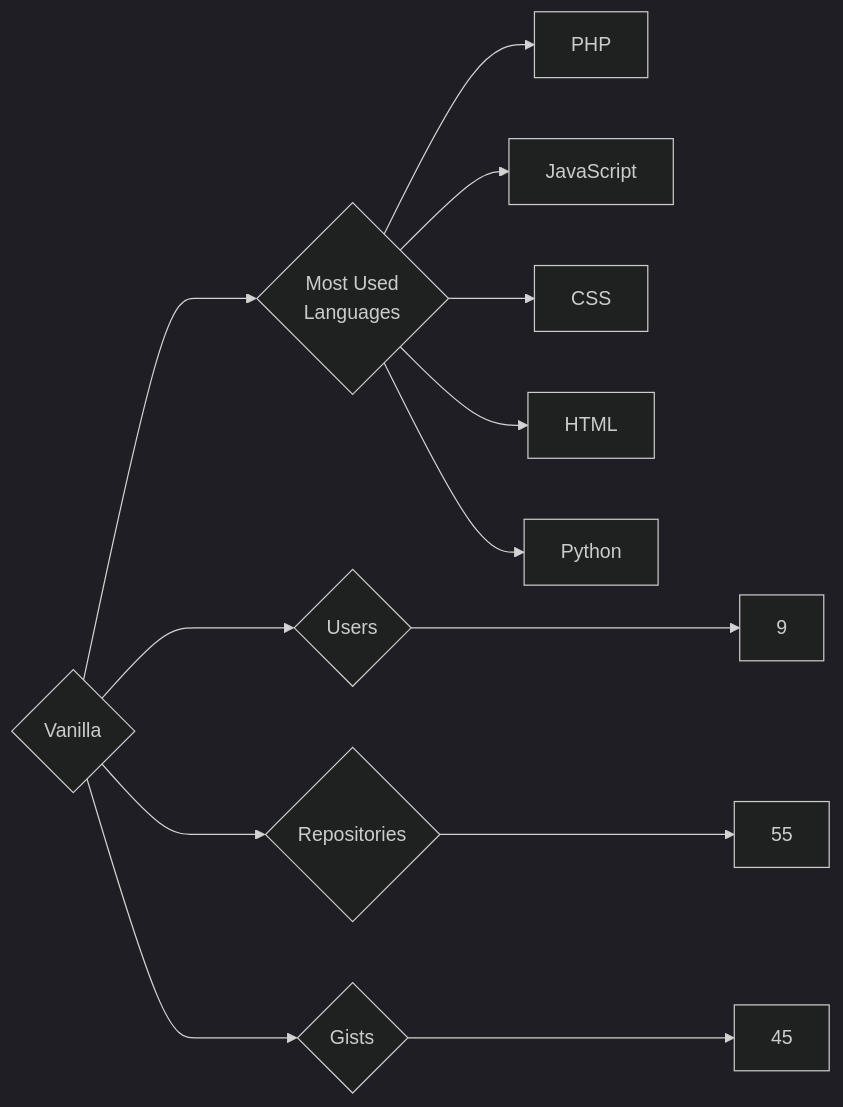
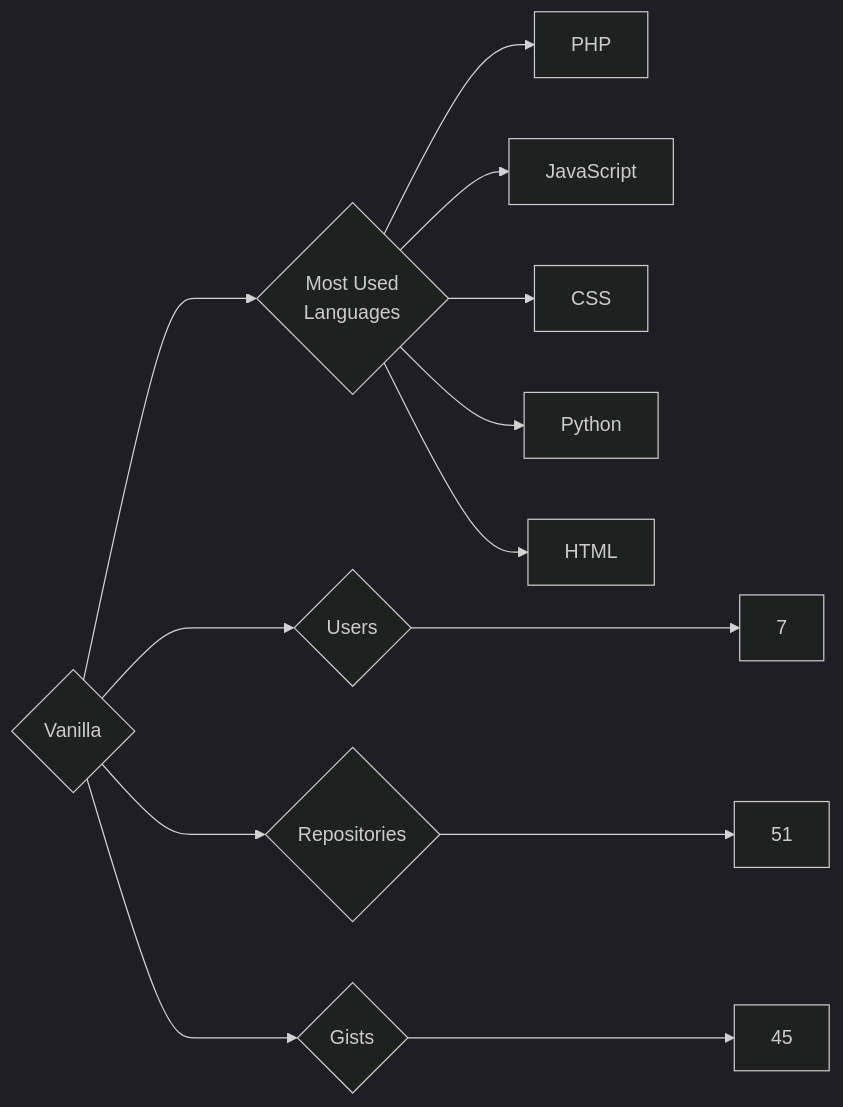
Before and after one commit to trickest/insiders: the diagram in targets/Vanilla/README.md, drawn with Mermaid (dark theme). The commit also changed 953 other files, not shown here.

````diff
--- a/targets/Vanilla/README.md
+++ b/targets/Vanilla/README.md
@@ -3,13 +3,13 @@
 ```mermaid
 graph LR
 COMPANY_NAME{Vanilla}
-COMPANY_NAME ---> U{Users} ---> UN[9]
-COMPANY_NAME ---> R{Repositories} ---> RN[55]
+COMPANY_NAME ---> U{Users} ---> UN[7]
+COMPANY_NAME ---> R{Repositories} ---> RN[51]
 COMPANY_NAME ---> G{Gists} ---> GN[45]
 COMPANY_NAME ---> ML{Most Used<br>Languages}
 ML --> PHP[PHP]
 ML --> JavaScript[JavaScript]
 ML --> CSS[CSS]
+ML --> Python[Python]
 ML --> HTML[HTML]
-ML --> Python[Python]
 ```
````
